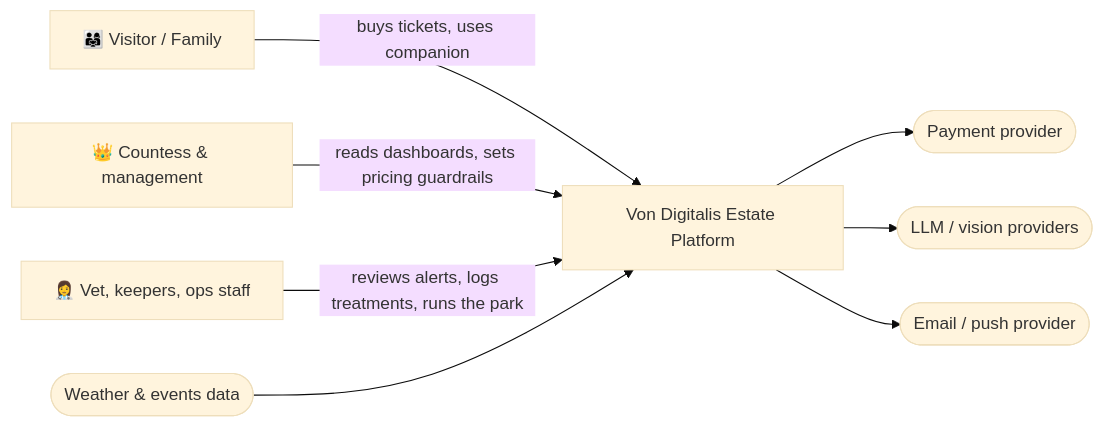
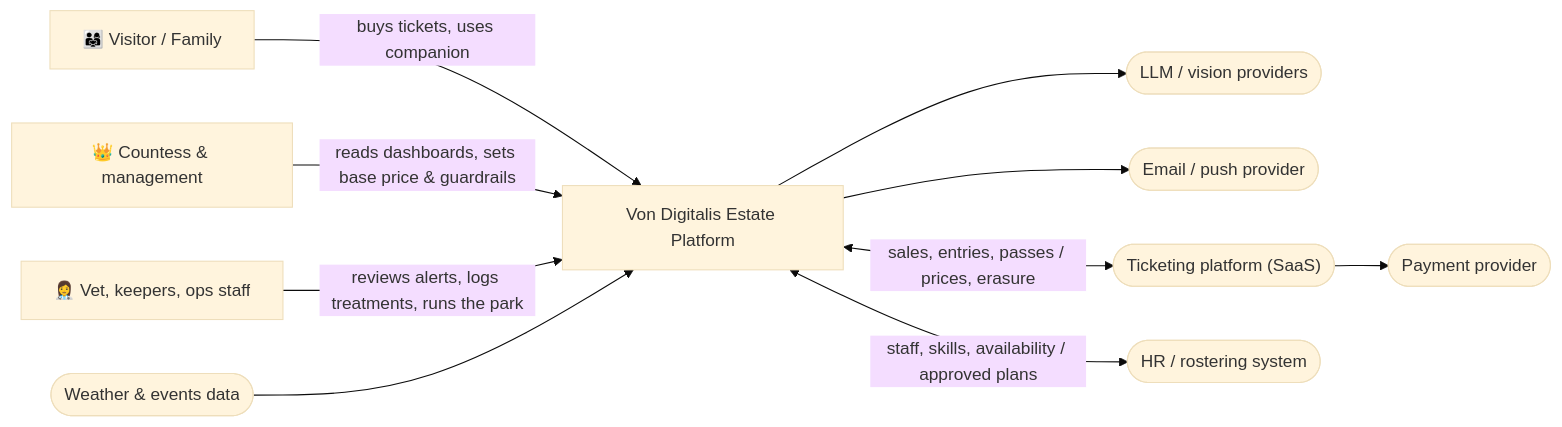
One commit to kr0k/katas changed the diagram in hld/README.md. Above: the diagram before and after it, drawn with Mermaid (base theme). The commit also changed other lines of this file and 27 other files, not shown here.

````diff
--- a/hld/README.md
+++ b/hld/README.md
@@ -39,19 +39,23 @@
 ```mermaid
 flowchart LR
     Visitor["👨‍👩‍👧 Visitor / Family"]
     Countess["👑 Countess & management"]
     Staff["👩‍⚕️ Vet, keepers, ops staff"]
     System["Von Digitalis Estate Platform"]
     Pay(["Payment provider"])
     LLM(["LLM / vision providers"])
     Msg(["Email / push provider"])
     Weather(["Weather & events data"])
+    TixSaaS(["Ticketing platform (SaaS)"])
+    HR(["HR / rostering system"])
 
     Visitor -- "buys tickets, uses companion" --> System
-    Countess -- "reads dashboards, sets pricing guardrails" --> System
+    Countess -- "reads dashboards, sets base price & guardrails" --> System
     Staff -- "reviews alerts, logs treatments, runs the park" --> System
-    System --> Pay
+    System <-- "sales, entries, passes / prices, erasure" --> TixSaaS
+    TixSaaS --> Pay
+    System <-- "staff, skills, availability / approved plans" --> HR
     System --> LLM
     System --> Msg
     Weather --> System
 ```
````
